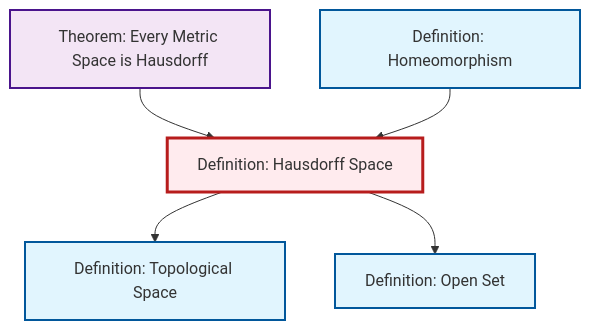
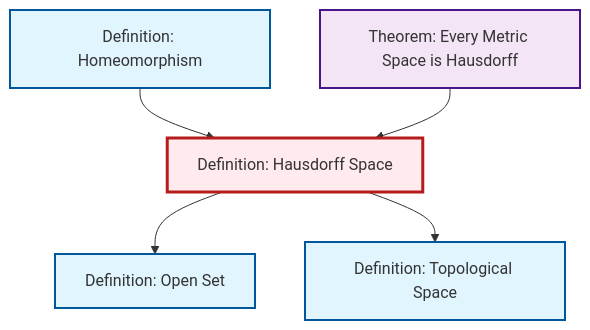
The diagram in content/ja/topology/def-hausdorff.qmd (RK0429/ModernMath), drawn with Mermaid before and after one commit. The commit also changed other lines of this file and 615 other files, not shown here.

````diff
--- a/content/ja/topology/def-hausdorff.qmd
+++ b/content/ja/topology/def-hausdorff.qmd
@@ -54,23 +54,23 @@
 ```{mermaid}
 %%| fig-cap: "Local dependency graph"
 graph TD
     classDef definition fill:#e1f5fe,stroke:#01579b,stroke-width:2px
     classDef theorem fill:#f3e5f5,stroke:#4a148c,stroke-width:2px
     classDef axiom fill:#fff3e0,stroke:#e65100,stroke-width:2px
     classDef example fill:#e8f5e9,stroke:#1b5e20,stroke-width:2px
     classDef current fill:#ffebee,stroke:#b71c1c,stroke-width:3px
+    def-hausdorff["Definition: Hausdorff Space"]:::definition
+    def-open-set["Definition: Open Set"]:::definition
     thm-metric-hausdorff["Theorem: Every Metric Space is Hausdorff"]:::theorem
-    def-open-set["Definition: Open Set"]:::definition
     def-homeomorphism["Definition: Homeomorphism"]:::definition
     def-topological-space["Definition: Topological Space"]:::definition
-    def-hausdorff["Definition: Hausdorff Space"]:::definition
+    def-hausdorff --> def-open-set
     def-hausdorff --> def-topological-space
-    def-hausdorff --> def-open-set
+    def-homeomorphism --> def-hausdorff
     thm-metric-hausdorff --> def-hausdorff
-    def-homeomorphism --> def-hausdorff
     class def-hausdorff current
+    click def-open-set "def-open-set.html" "Definition: Open Setへ"
     click thm-metric-hausdorff "thm-metric-hausdorff.html" "Theorem: Every Metric Space is Hausdorffへ"
-    click def-open-set "def-open-set.html" "Definition: Open Setへ"
     click def-homeomorphism "def-homeomorphism.html" "Definition: Homeomorphismへ"
     click def-topological-space "def-topological-space.html" "Definition: Topological Spaceへ"
 ```
````
